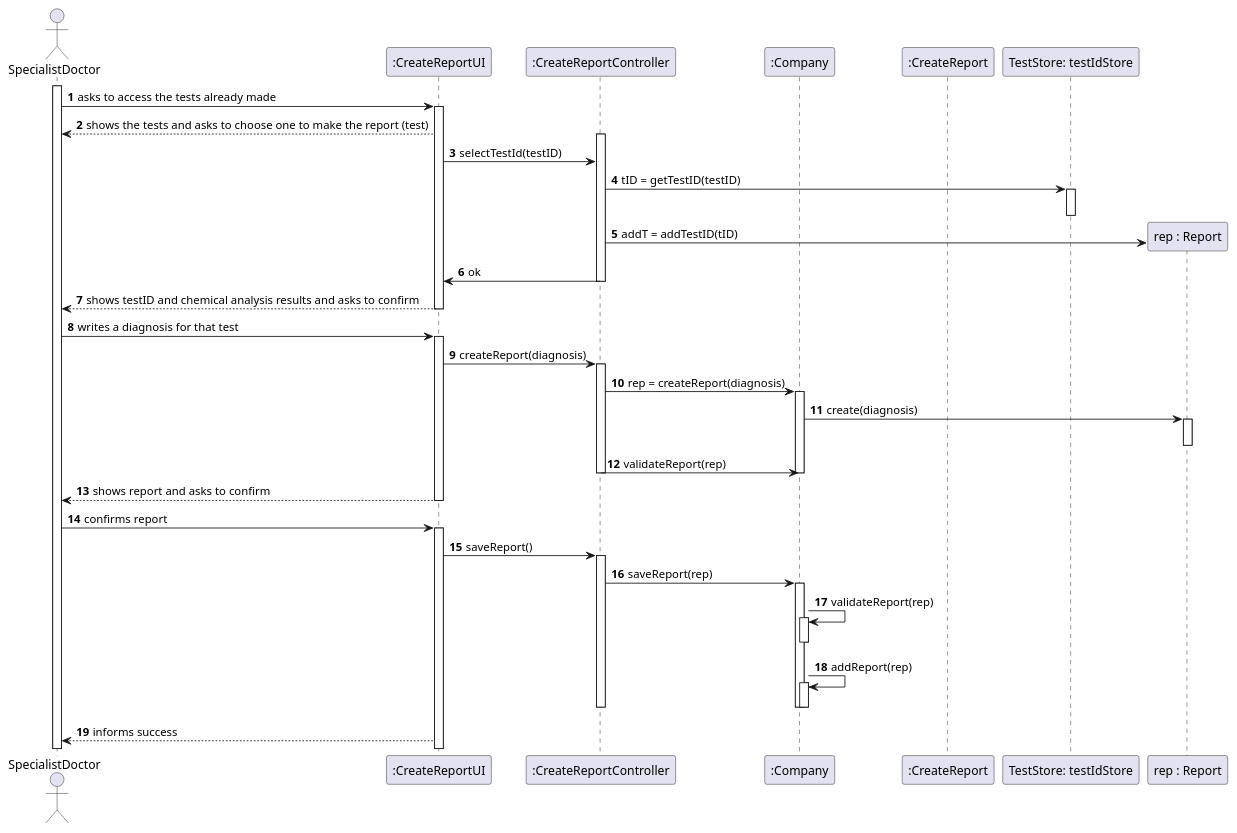
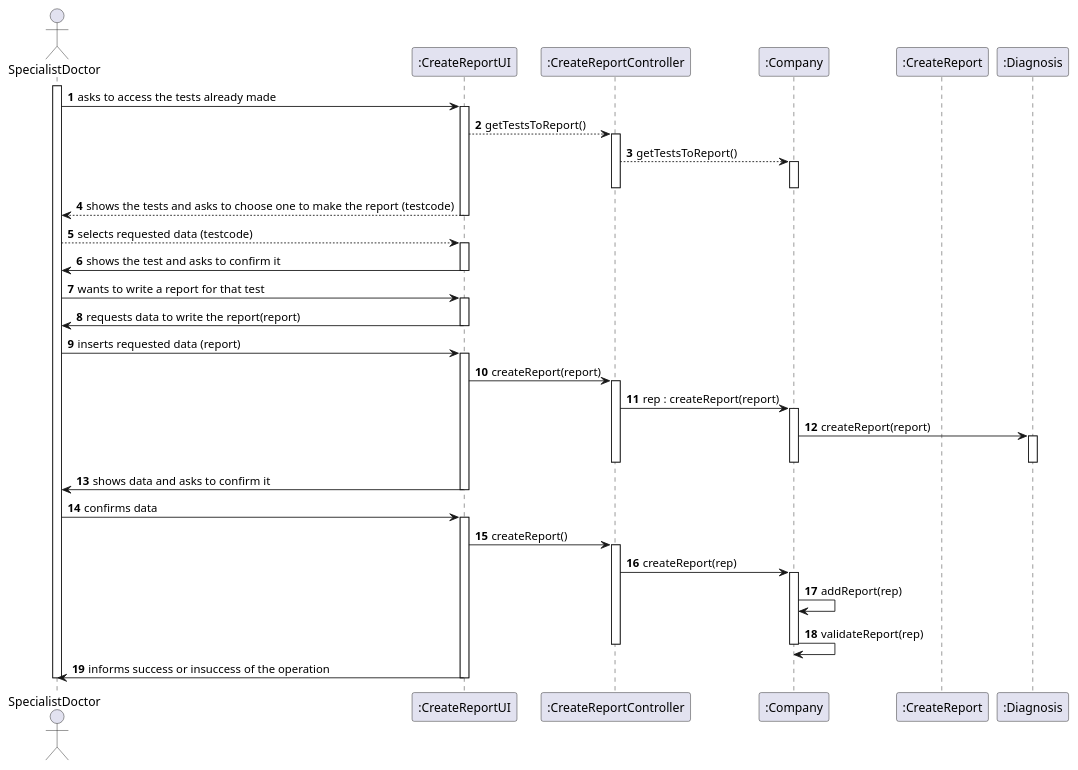
The diagram in docs/SprintC/US14/US14_SD.puml (jsmarques98/LAPR2-ISEP), drawn with PlantUML before and after one commit. The commit also changed other lines of this file and 23 other files, not shown here.

Commit message:
Trying to implement test object in Diagnosis class

```diff
--- a/docs/SprintC/US14/US14_SD.puml
+++ b/docs/SprintC/US14/US14_SD.puml
@@ -1,105 +1,98 @@
 @startuml
 autonumber
 
 actor "SpecialistDoctor" as Spec
 
 participant ":CreateReportUI" as UI
 participant ":CreateReportController" as CRC
 participant ":Company" as COM
 participant ":CreateReport" as CR
-participant "TestStore: testIdStore" as TS
-participant "rep : Report" as reporttt
+participant ":Diagnosis" as DIAG
+
 
 activate Spec
 
 Spec -> UI : asks to access the tests already made
 
 activate UI
 
-UI --> Spec : shows the tests and asks to choose one to make the report (test)
+UI --> CRC : getTestsToReport()
 
 activate CRC
 
-UI -> CRC : selectTestId(testID)
-
-
-CRC -> TS : tID = getTestID(testID)
-
-activate TS
-
-deactivate TS
-
-create reporttt
-
-CRC -> reporttt : addT = addTestID(tID)
-
-CRC -> UI : ok
-
-deactivate CRC
-
-Spec <-- UI : shows testID and chemical analysis results and asks to confirm
-
-deactivate UI
-
-
-
-Spec -> UI : writes a diagnosis for that test
-
-activate UI
-
-
-UI -> CRC : createReport(diagnosis)
-
-activate CRC
-
-
-CRC -> COM : rep = createReport(diagnosis)
+CRC --> COM : getTestsToReport()
 
 activate COM
-
-COM -> reporttt : create(diagnosis)
-
-activate reporttt
-
-deactivate reporttt
-
-CRC -> COM : validateReport(rep)
 
 deactivate COM
 
 deactivate CRC
 
-UI --> Spec : shows report and asks to confirm
+UI --> Spec : shows the tests and asks to choose one to make the report (testcode)
 
 deactivate UI
 
-Spec -> UI : confirms report
+Spec --> UI : selects requested data (testcode)
 
 activate UI
 
-UI -> CRC : saveReport()
+UI -> Spec : shows the test and asks to confirm it
+
+deactivate UI
+
+Spec -> UI : wants to write a report for that test
+
+activate UI
+
+UI -> Spec : requests data to write the report(report)
+
+deactivate UI
+
+Spec -> UI : inserts requested data (report)
+
+activate UI
+
+UI -> CRC : createReport(report)
 
 activate CRC
 
-CRC -> COM : saveReport(rep)
+CRC -> COM : rep : createReport(report)
 
 activate COM
 
-COM -> COM : validateReport(rep)
+COM -> DIAG : createReport(report)
+
+activate DIAG
+
+deactivate DIAG
+deactivate COM
+deactivate CRC
+
+UI -> Spec : shows data and asks to confirm it
+
+deactivate UI
+
+Spec -> UI : confirms data
+
+activate UI
+
+UI -> CRC : createReport()
+
+activate CRC
+
+CRC -> COM : createReport(rep)
 
 activate COM
 
-deactivate COM
-
 COM -> COM : addReport(rep)
-
-activate COM
+COM -> COM : validateReport(rep)
 
 deactivate COM
-
-deactivate COM
-
 deactivate CRC
 
-UI --> Spec : informs success
+UI -> Spec : informs success or insuccess of the operation
+
+deactivate UI
+deactivate Spec
+
 @enduml
```
